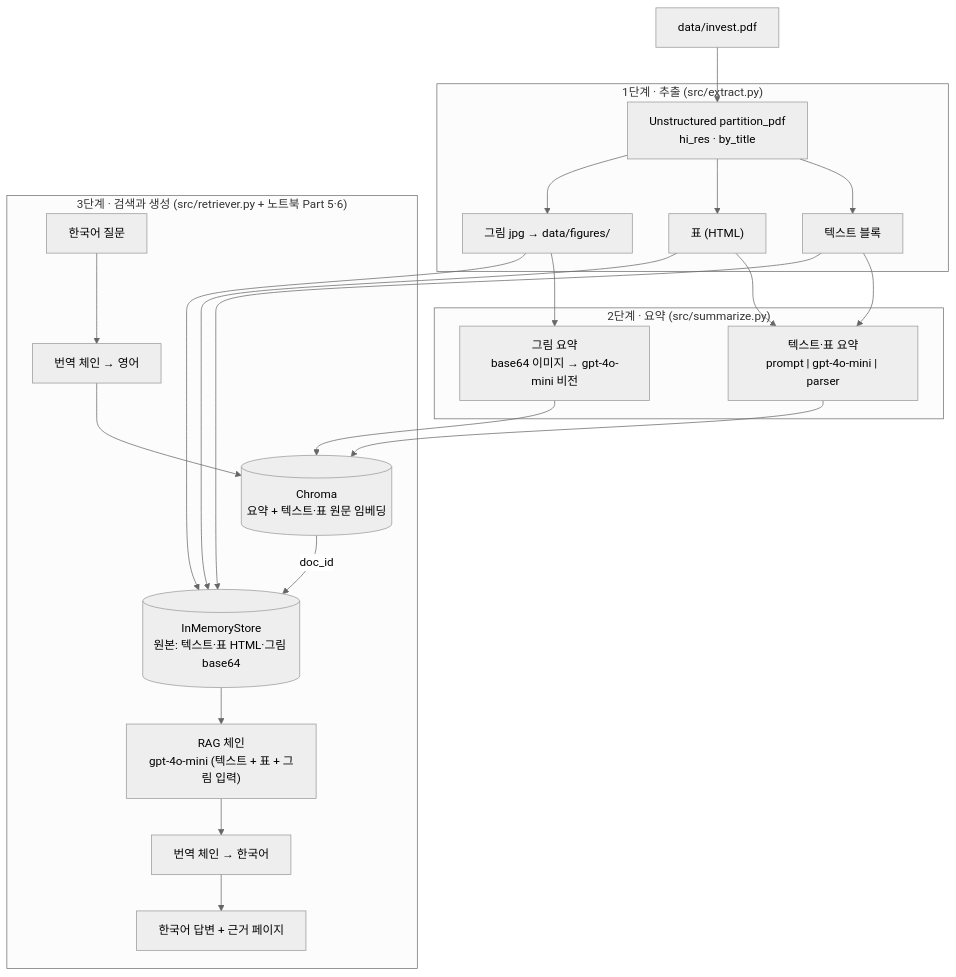
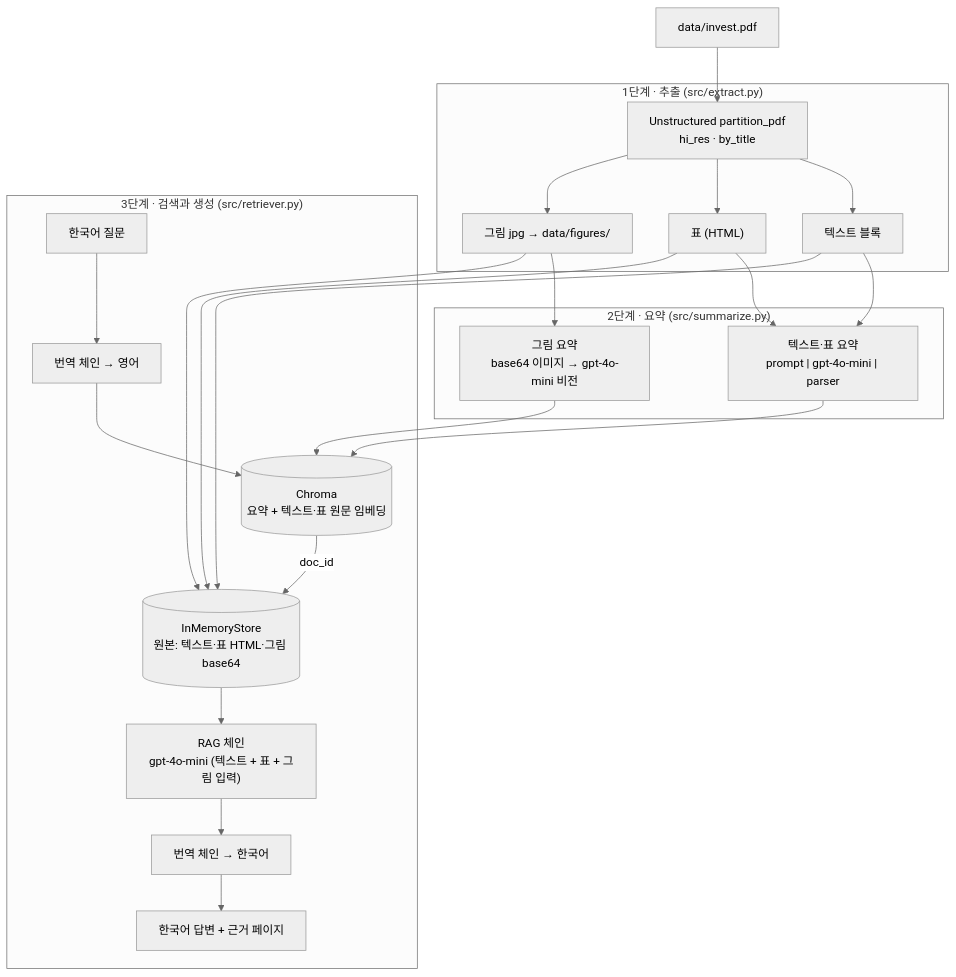
One commit to seram2002-wq/multimodal-rag changed the diagram in README.md. Above: the diagram before and after it, drawn with Mermaid (neutral theme). The commit also changed other lines of this file and 4 other files, not shown here.

````diff
--- a/README.md
+++ b/README.md
@@ -14,32 +14,32 @@
 ```mermaid
 flowchart TB
     PDF["data/invest.pdf"]
 
     subgraph S1["1단계 · 추출 (src/extract.py)"]
         P["Unstructured partition_pdf<br/>hi_res · by_title"]
         T["텍스트 블록"]
         TB["표 (HTML)"]
         IMG["그림 jpg → data/figures/"]
         P --> T & TB & IMG
     end
 
     subgraph S2["2단계 · 요약 (src/summarize.py)"]
         ST["텍스트·표 요약<br/>prompt | gpt-4o-mini | parser"]
         SI["그림 요약<br/>base64 이미지 → gpt-4o-mini 비전"]
     end
 
-    subgraph S3["3단계 · 검색과 생성 (src/retriever.py + 노트북 Part 5·6)"]
+    subgraph S3["3단계 · 검색과 생성 (src/retriever.py)"]
         Q["한국어 질문"] --> TR1["번역 체인 → 영어"]
         TR1 --> VS[("Chroma<br/>요약 + 텍스트·표 원문 임베딩")]
         VS -- "doc_id" --> DS[("InMemoryStore<br/>원본: 텍스트·표 HTML·그림 base64")]
         DS --> LLM["RAG 체인<br/>gpt-4o-mini (텍스트 + 표 + 그림 입력)"]
         LLM --> TR2["번역 체인 → 한국어"]
         TR2 --> A["한국어 답변 + 근거 페이지"]
     end
 
     PDF --> P
     T & TB --> ST
     IMG --> SI
     ST & SI --> VS
     T & TB & IMG --> DS
 ```
````
